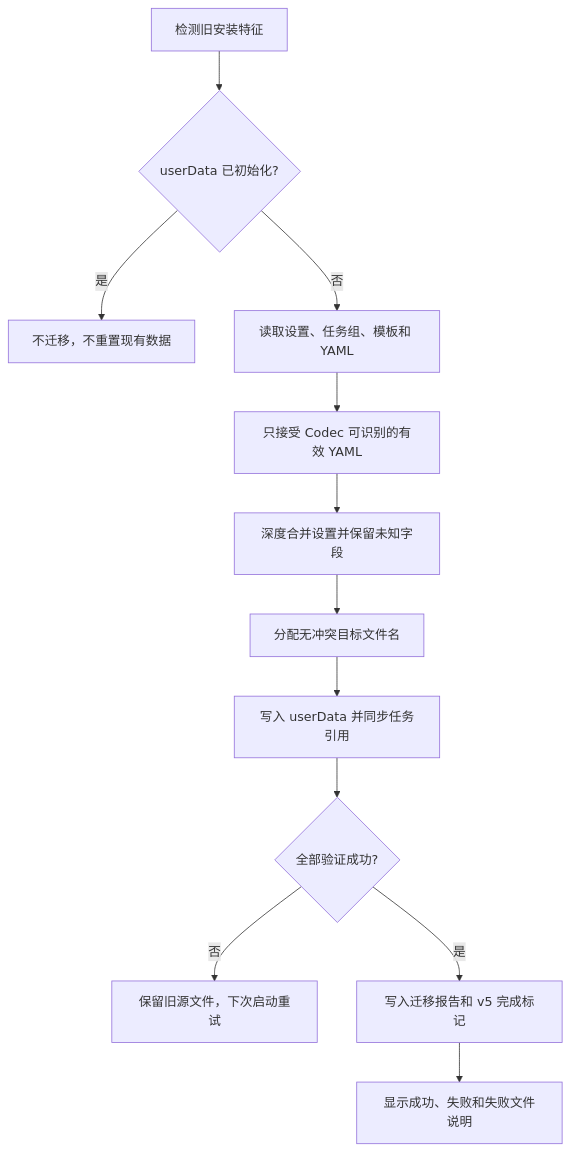
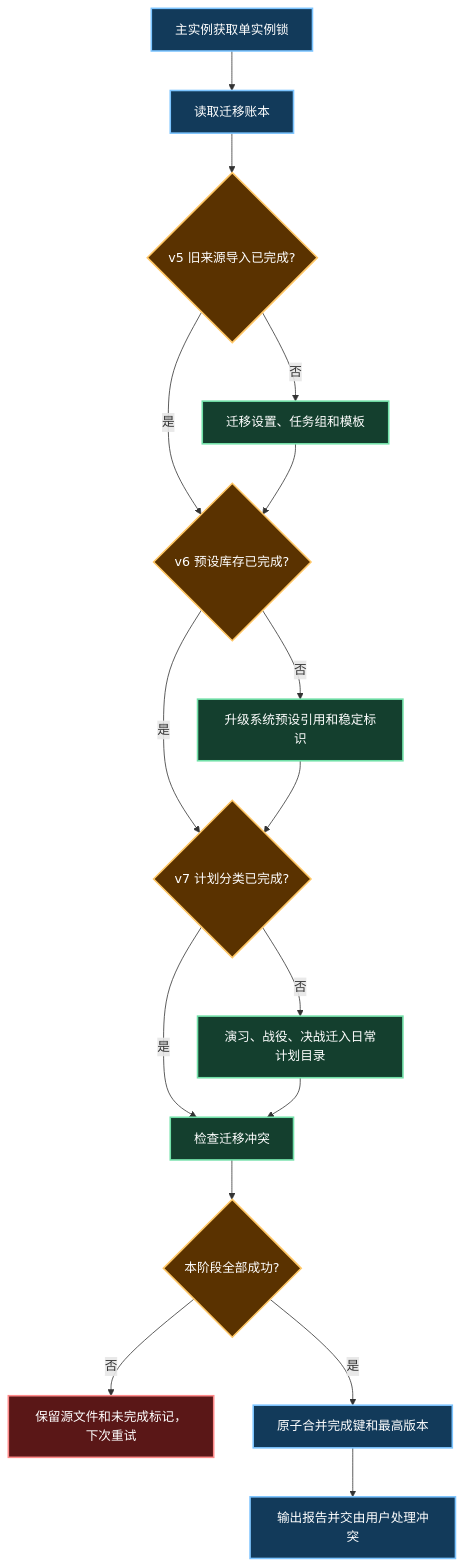
One commit to ShiinaKuroko/AutoWSGR-GUI changed the first of 2 diagrams in docs/features/gui-2.0-alpha-pr-report.md. Above: the diagram before and after it, drawn with Mermaid. The commit also changed other lines of this file and 115 other files, not shown here.

````diff
--- a/docs/features/gui-2.0-alpha-pr-report.md
+++ b/docs/features/gui-2.0-alpha-pr-report.md
@@ -120,14 +173,27 @@
 ```mermaid
 flowchart TD
-  A["检测旧安装特征"] --> B{"userData 已初始化?"}
-  B -->|是| Z["不迁移，不重置现有数据"]
-  B -->|否| C["读取设置、任务组、模板和 YAML"]
-  C --> D["只接受 Codec 可识别的有效 YAML"]
-  D --> E["深度合并设置并保留未知字段"]
-  E --> F["分配无冲突目标文件名"]
-  F --> G["写入 userData 并同步任务引用"]
-  G --> H{"全部验证成功?"}
-  H -->|否| I["保留旧源文件，下次启动重试"]
-  H -->|是| J["写入迁移报告和 v5 完成标记"]
-  J --> K["显示成功、失败和失败文件说明"]
+  A["主实例获取单实例锁"] --> B["读取迁移账本"]
+  B --> C{"v5 旧来源导入已完成?"}
+  C -->|否| D["迁移设置、任务组和模板"]
+  C -->|是| E{"v6 预设库存已完成?"}
+  D --> E
+  E -->|否| F["升级系统预设引用和稳定标识"]
+  E -->|是| G{"v7 计划分类已完成?"}
+  F --> G
+  G -->|否| H["演习、战役、决战迁入日常计划目录"]
+  G -->|是| I["检查迁移冲突"]
+  H --> I
+  I --> J{"本阶段全部成功?"}
+  J -->|否| K["保留源文件和未完成标记，下次重试"]
+  J -->|是| L["原子合并完成键和最高版本"]
+  L --> M["输出报告并交由用户处理冲突"]
+
+  classDef start fill:#123A5A,color:#FFFFFF,stroke:#7CC4FF,stroke-width:2px;
+  classDef decision fill:#5A3200,color:#FFFFFF,stroke:#FFC766,stroke-width:2px;
+  classDef action fill:#143F2E,color:#FFFFFF,stroke:#72E0A8,stroke-width:2px;
+  classDef warning fill:#5A1717,color:#FFFFFF,stroke:#FF8A8A,stroke-width:2px;
+  class A,B,L,M start;
+  class C,E,G,J decision;
+  class D,F,H,I action;
+  class K warning;
 ```
````
